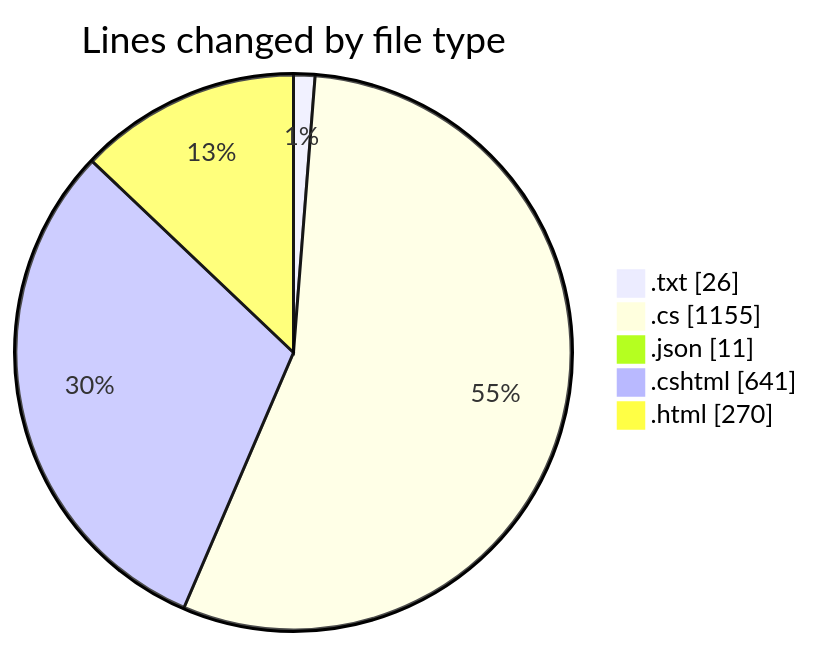
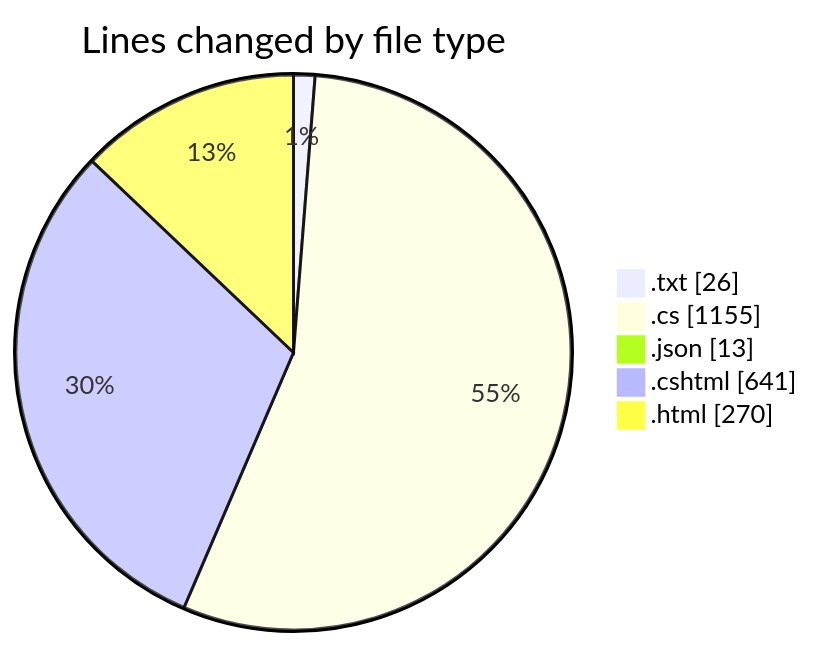
One commit to lephambinh05/code-tracking changed the first of 2 diagrams in 2025-07-27/quanlyrapchieuphim-1/README.md. Above: the diagram before and after it, drawn with Mermaid. The commit also changed other lines of this file and 1 other file, not shown here.

````diff
--- a/2025-07-27/quanlyrapchieuphim-1/README.md
+++ b/2025-07-27/quanlyrapchieuphim-1/README.md
@@ -30,9 +30,9 @@
 ```mermaid
 pie showData
 title Lines changed by file type
 ".txt" : 26
 ".cs" : 1155
-".json" : 11
+".json" : 13
 ".cshtml" : 641
 ".html" : 270
 ```
````
